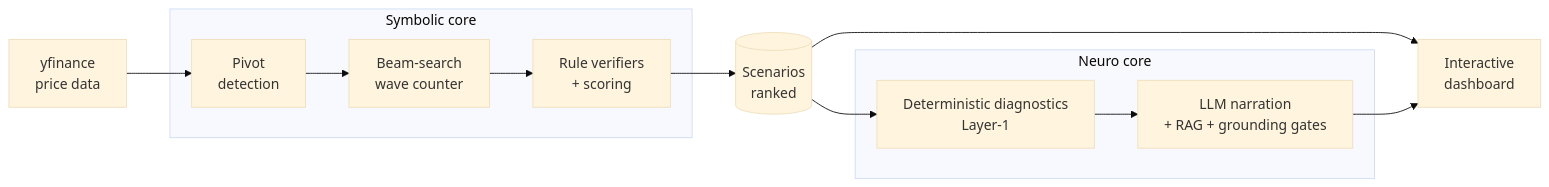
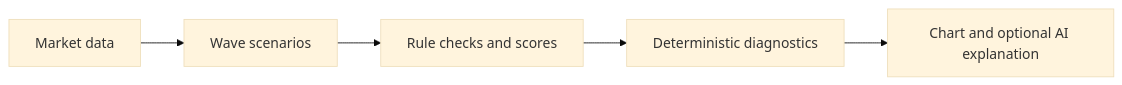
Before and after one commit to nkieu-config/elliott-wave-engine: the diagram in README.md, drawn with Mermaid (base theme). The commit also changed other lines of this file, not shown here.

````diff
--- a/README.md
+++ b/README.md
@@ -68,21 +90,7 @@
 ```mermaid
 flowchart LR
-    A[yfinance<br/>price data] --> B[Pivot<br/>detection]
-    B --> C[Beam-search<br/>wave counter]
-    C --> D[Rule verifiers<br/>+ scoring]
-    D --> E[(Scenarios<br/>ranked)]
-    E --> L1[Deterministic diagnostics<br/>Layer-1]
-    L1 --> F[LLM narration<br/>+ RAG + grounding gates]
-    E --> G[Interactive<br/>dashboard]
-    F --> G
-
-    subgraph Symbolic core
-        B
-        C
-        D
-    end
-    subgraph Neuro core
-        L1
-        F
-    end
+    A[Market data] --> B[Wave scenarios]
+    B --> C[Rule checks and scores]
+    C --> D[Deterministic diagnostics]
+    D --> E[Chart and optional AI explanation]
 ```
````
